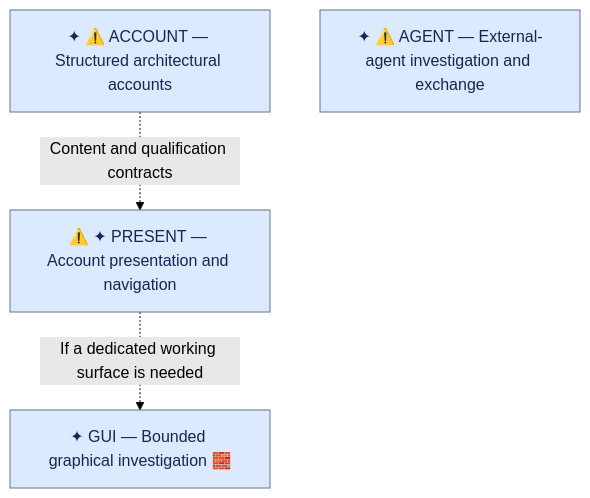
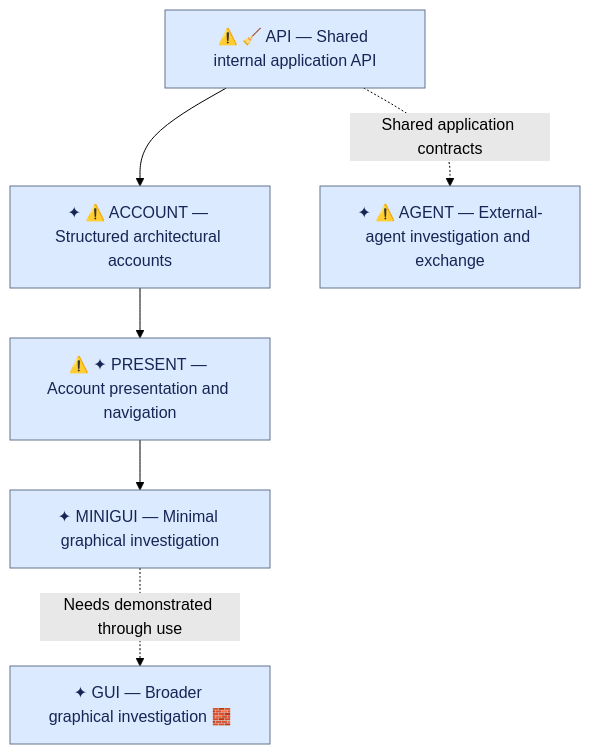
Before and after one commit to ronen/postcode: the diagram in notes/upcoming-work.md, drawn with Mermaid (forest theme). The commit also changed other lines of this file, not shown here.

Commit message:
Plan shared application API before graphical investigation

````diff
--- a/notes/upcoming-work.md
+++ b/notes/upcoming-work.md
@@ -70,8 +70,10 @@
 ```mermaid
 flowchart TD
-    ACCOUNT["✦ ⚠️ ACCOUNT — Structured architectural accounts"] -. Content and qualification contracts .-> PRESENT["⚠️ ✦ PRESENT — Account presentation and navigation"]
-    PRESENT -. If a dedicated working surface is needed .-> GUI["✦ GUI — Bounded graphical investigation 🧱"]
-    AGENT["✦ ⚠️ AGENT — External-agent investigation and exchange"]
+    API["⚠️ 🧹 API — Shared internal application API"] --> ACCOUNT["✦ ⚠️ ACCOUNT — Structured architectural accounts"]
+    ACCOUNT --> PRESENT["⚠️ ✦ PRESENT — Account presentation and navigation"]
+    PRESENT --> MINIGUI["✦ MINIGUI — Minimal graphical investigation"]
+    MINIGUI -. Needs demonstrated through use .-> GUI["✦ GUI — Broader graphical investigation 🧱"]
+    API -. Shared application contracts .-> AGENT["✦ ⚠️ AGENT — External-agent investigation and exchange"]
 
     classDef default fill:#dbeafe,stroke:#64748b,color:#172554
 ```
````
